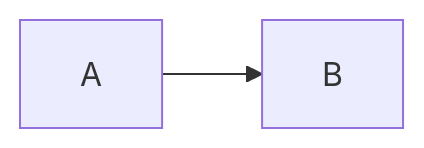
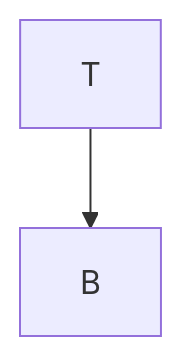
One commit to lospringliu/vpress-mdi-details changed the first of 4 diagrams in index.md. Above: the diagram before and after it, drawn with Mermaid. The commit also changed other lines of this file and 13 other files, not shown here.

````diff
--- a/index.md
+++ b/index.md
@@ -32,4 +29,4 @@
 ```mermaid
-graph LR
-    A-->B
+graph TB
+    T-->B
 ```
````
